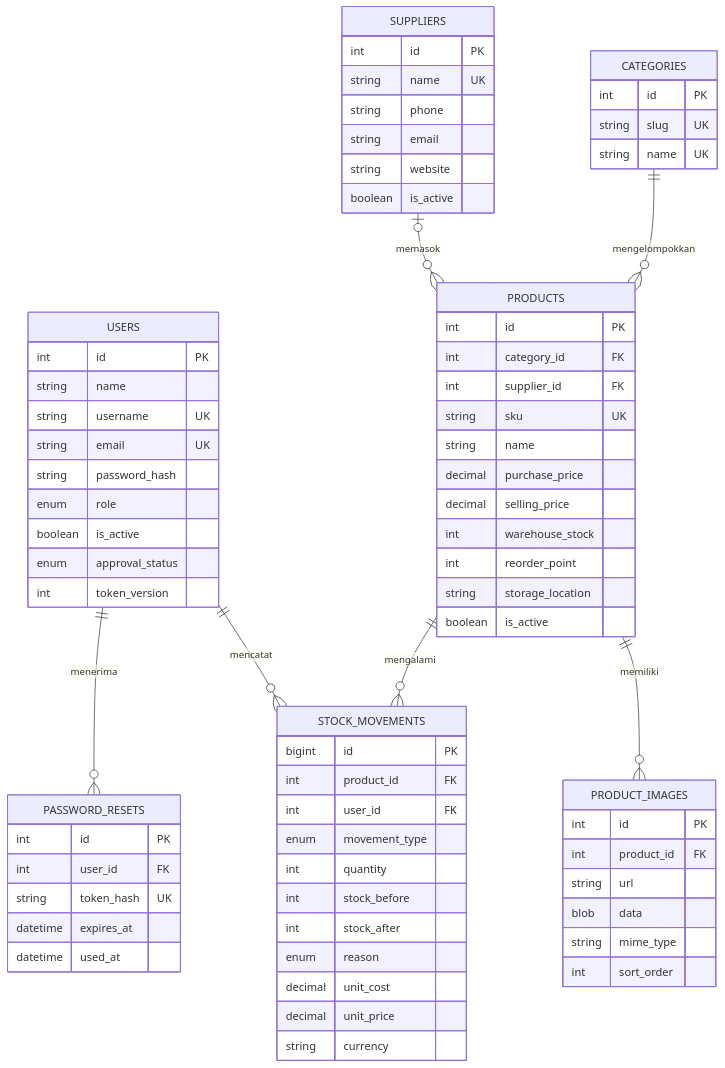
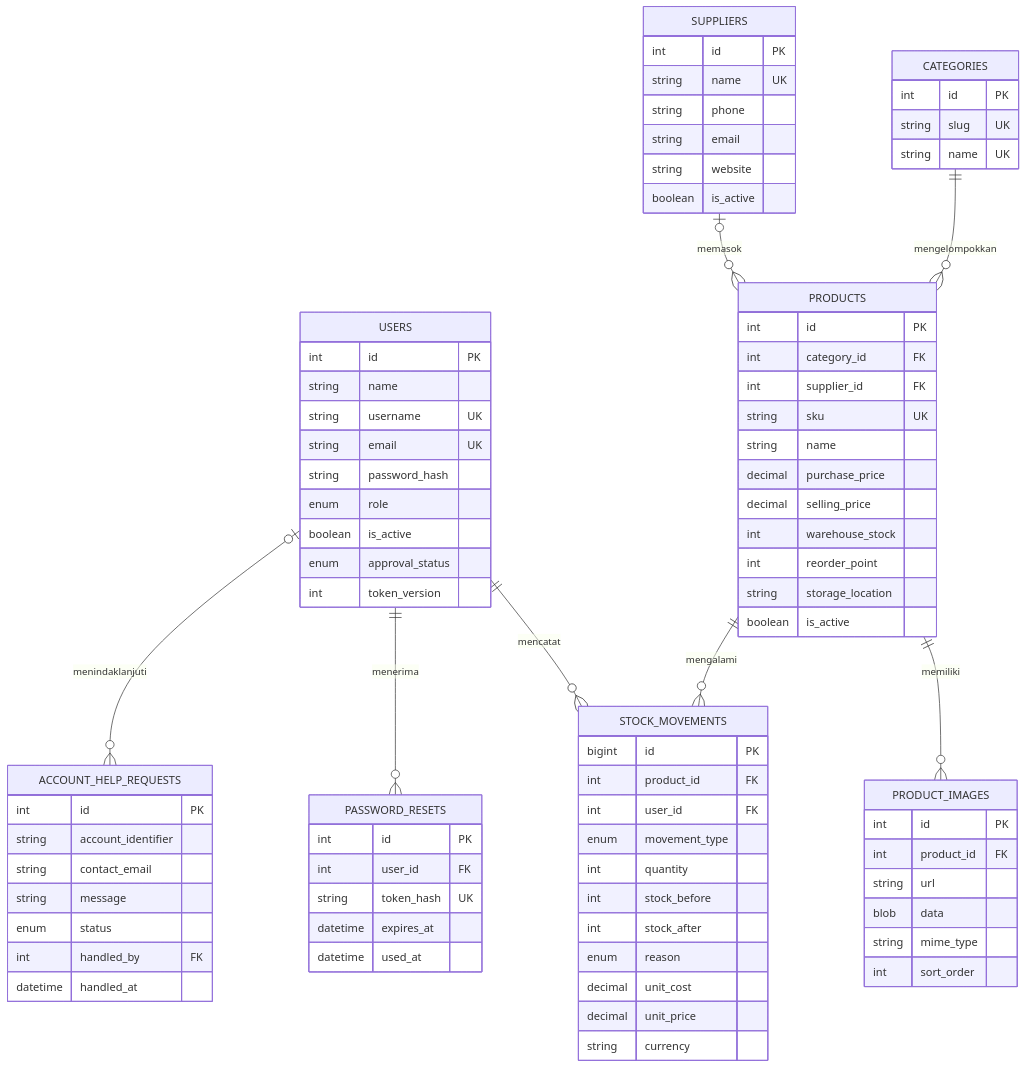
One commit to muhwal21/KeyStock changed the diagram in docs/uas/erd.md. Above: the diagram before and after it, drawn with Mermaid. The commit also changed other lines of this file and 10 other files, not shown here.

Commit message:
feat: add admin account help requests

````diff
--- a/docs/uas/erd.md
+++ b/docs/uas/erd.md
@@ -6,6 +6,7 @@
 erDiagram
   USERS ||--o{ STOCK_MOVEMENTS : mencatat
   USERS ||--o{ PASSWORD_RESETS : menerima
+  USERS o|--o{ ACCOUNT_HELP_REQUESTS : menindaklanjuti
   CATEGORIES ||--o{ PRODUCTS : mengelompokkan
   SUPPLIERS o|--o{ PRODUCTS : memasok
   PRODUCTS ||--o{ PRODUCT_IMAGES : memiliki
@@ -76,4 +77,13 @@
     datetime expires_at
     datetime used_at
   }
+  ACCOUNT_HELP_REQUESTS {
+    int id PK
+    string account_identifier
+    string contact_email
+    string message
+    enum status
+    int handled_by FK
+    datetime handled_at
+  }
 ```
````
